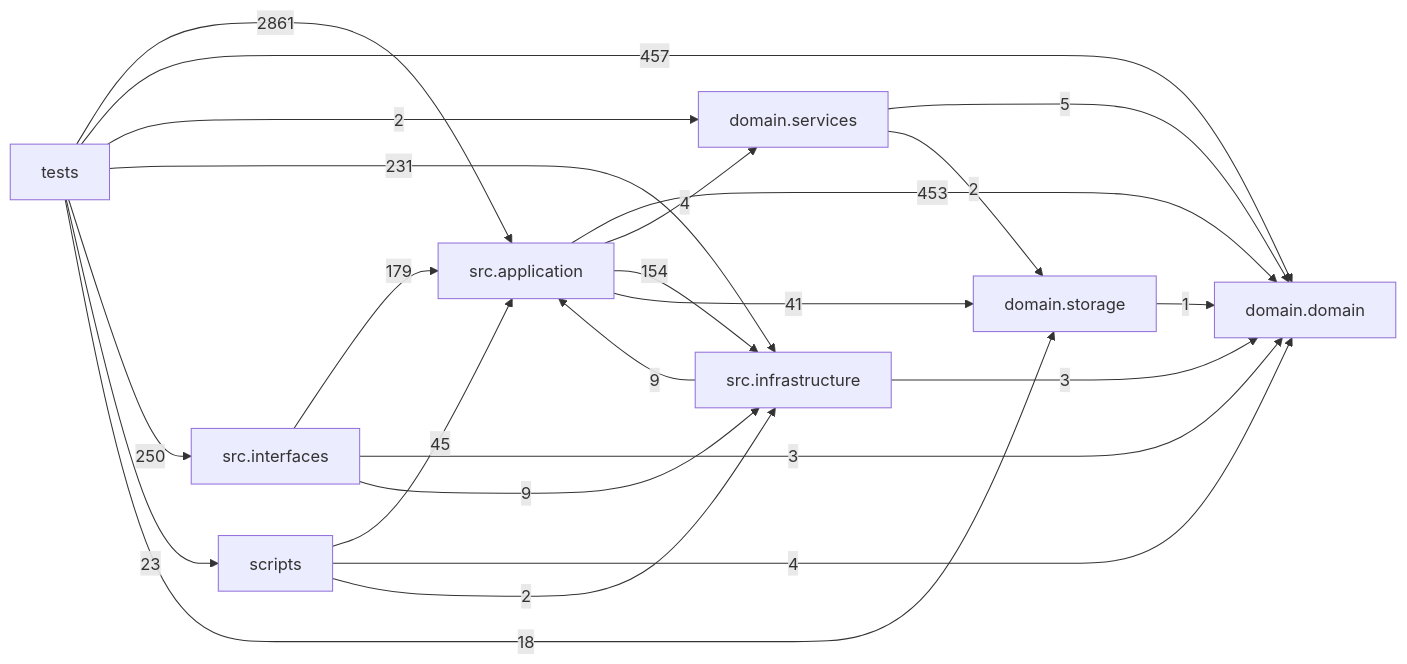
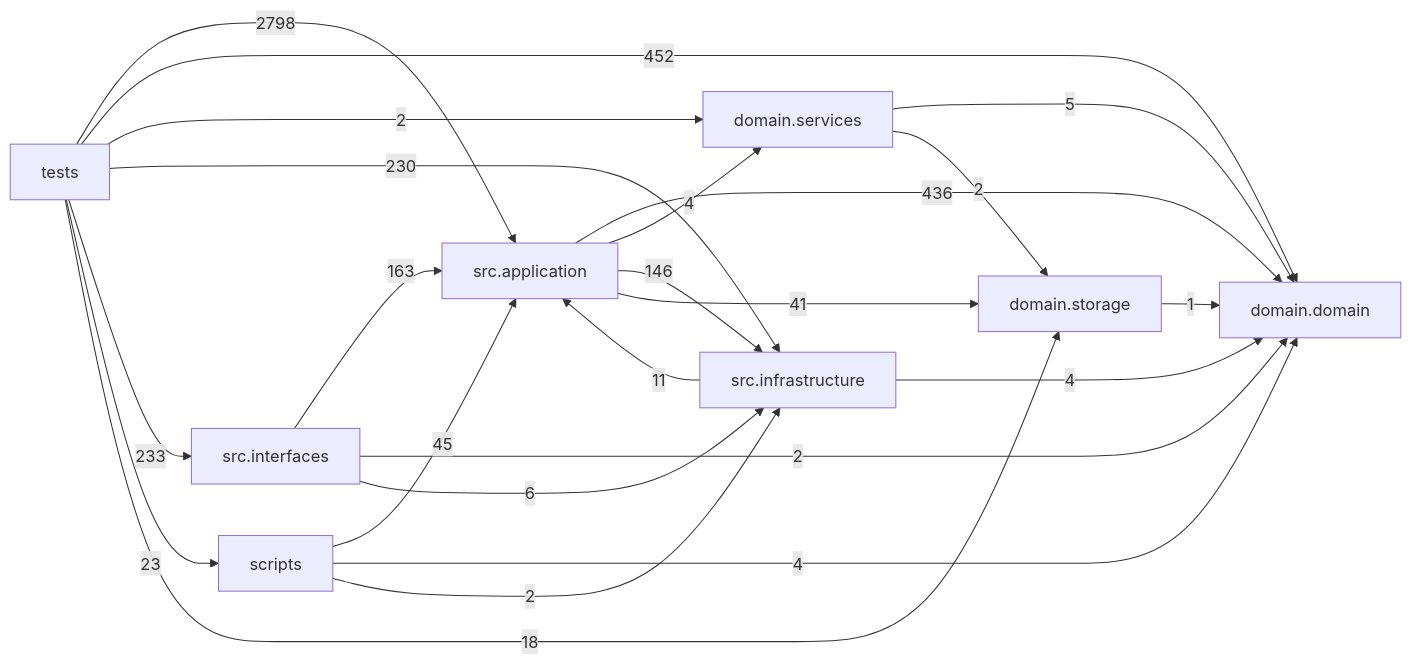
One commit to liuxie066/options-monitor changed the diagram in docs/DEPENDENCY_GRAPH.md. Above: the diagram before and after it, drawn with Mermaid. The commit also changed other lines of this file and 86 other files, not shown here.

````diff
--- a/docs/DEPENDENCY_GRAPH.md
+++ b/docs/DEPENDENCY_GRAPH.md
@@ -24,33 +24,33 @@
 ```mermaid
 flowchart LR
   tests["tests"]
   scripts["scripts"]
   interfaces["src.interfaces"]
   application["src.application"]
   infrastructure["src.infrastructure"]
   domain_services["domain.services"]
   domain["domain.domain"]
   storage["domain.storage"]
-  application -->|453| domain
+  application -->|436| domain
   application -->|4| domain_services
-  application -->|154| infrastructure
+  application -->|146| infrastructure
   application -->|41| storage
   domain_services -->|5| domain
   domain_services -->|2| storage
-  infrastructure -->|9| application
-  infrastructure -->|3| domain
-  interfaces -->|179| application
-  interfaces -->|3| domain
-  interfaces -->|9| infrastructure
+  infrastructure -->|11| application
+  infrastructure -->|4| domain
+  interfaces -->|163| application
+  interfaces -->|2| domain
+  interfaces -->|6| infrastructure
   scripts -->|45| application
   scripts -->|4| domain
   scripts -->|2| infrastructure
   storage -->|1| domain
-  tests -->|2861| application
-  tests -->|457| domain
+  tests -->|2798| application
+  tests -->|452| domain
   tests -->|2| domain_services
-  tests -->|231| infrastructure
-  tests -->|250| interfaces
+  tests -->|230| infrastructure
+  tests -->|233| interfaces
   tests -->|23| scripts
   tests -->|18| storage
 ```
````
